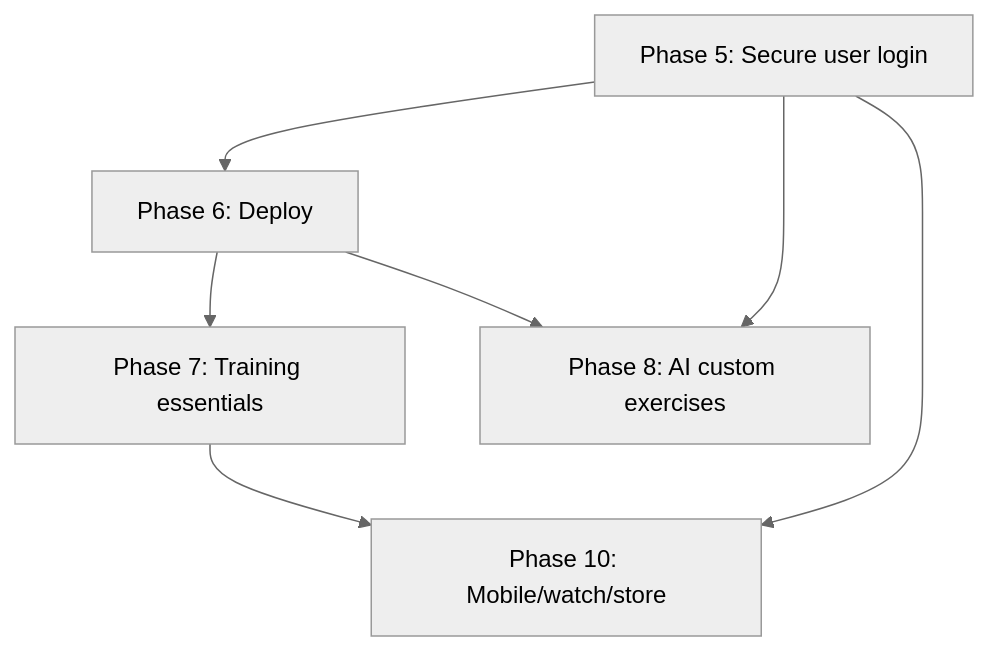
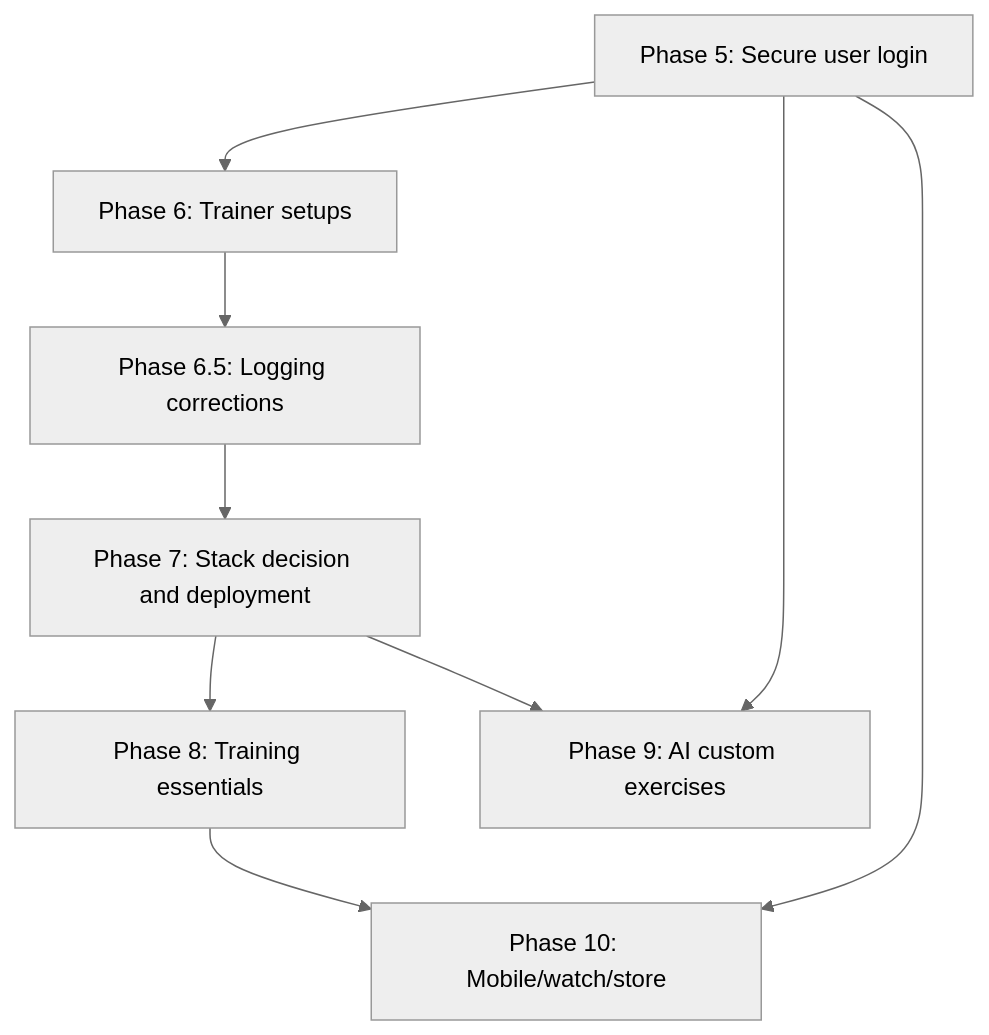
One commit to justins-li/Body-Shop changed the diagram in docs/ROADMAP.md. Above: the diagram before and after it, drawn with Mermaid (neutral theme). The commit also changed other lines of this file, not shown here.

Commit message:
added new phase 6 and 6.5

````diff
--- a/docs/ROADMAP.md
+++ b/docs/ROADMAP.md
@@ -85,9 +105,11 @@
 ```mermaid
 graph TD
-  P5[Phase 5: Secure user login] --> P6[Phase 6: Deploy]
-  P6 --> P7[Phase 7: Training essentials]
-  P5 --> P8[Phase 8: AI custom exercises]
-  P6 --> P8
-  P7 --> P10[Phase 10: Mobile/watch/store]
+  P5[Phase 5: Secure user login] --> P6[Phase 6: Trainer setups]
+  P6 --> P65[Phase 6.5: Logging corrections]
+  P65 --> P7[Phase 7: Stack decision and deployment]
+  P7 --> P8[Phase 8: Training essentials]
+  P5 --> P9[Phase 9: AI custom exercises]
+  P7 --> P9
+  P8 --> P10[Phase 10: Mobile/watch/store]
   P5 --> P10
 ```
````
